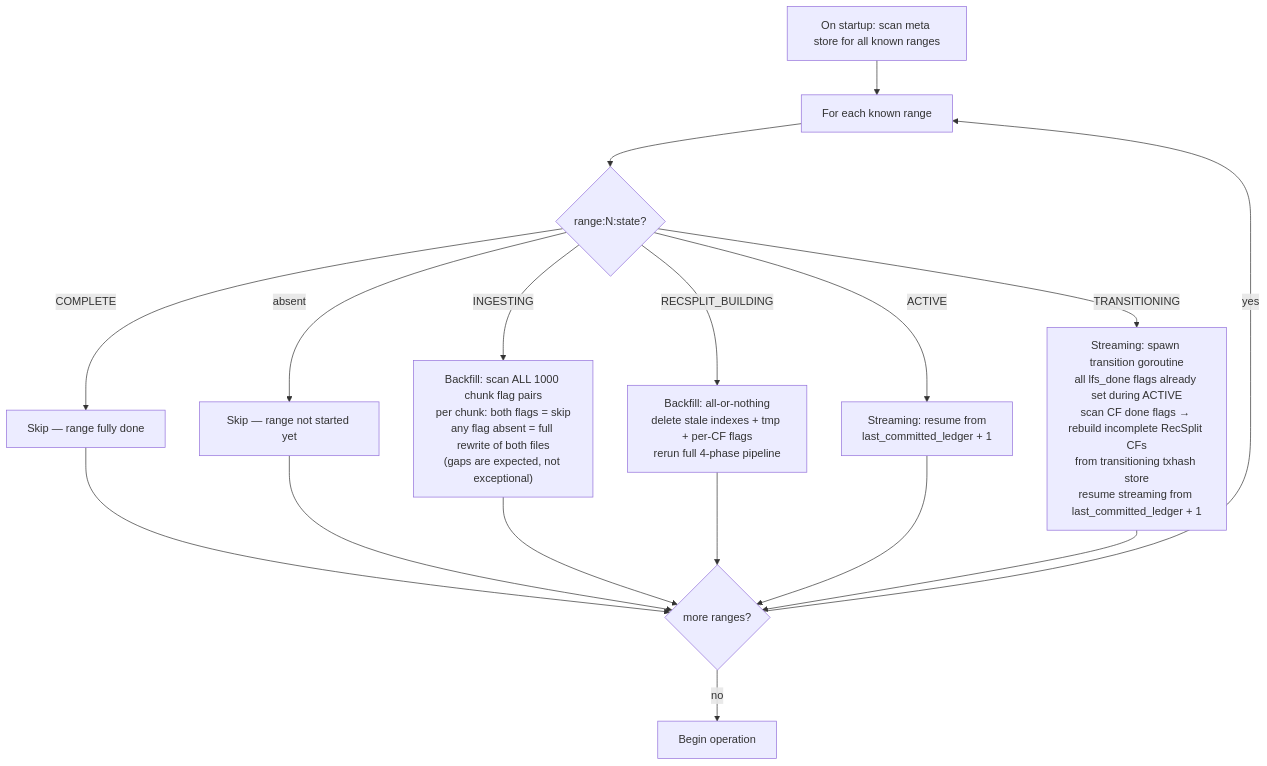
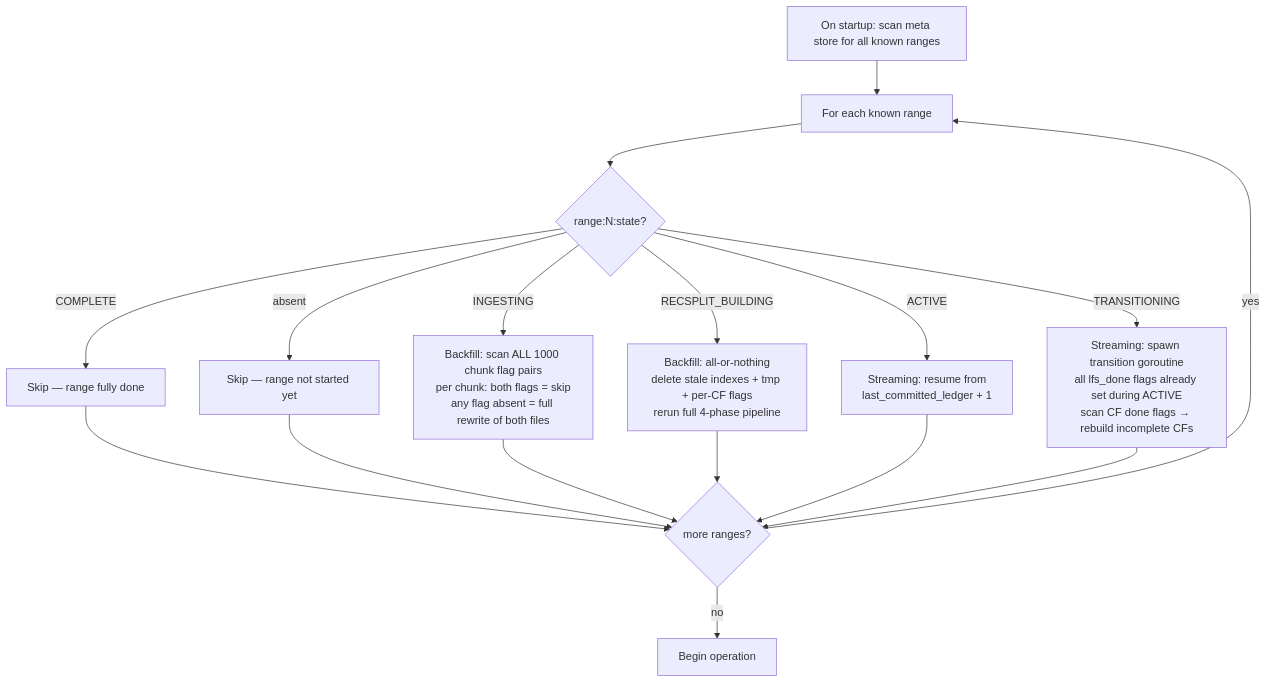
The second of 2 diagrams in full-history/design-docs/07-crash-recovery.md (stellar/stellar-rpc), drawn with Mermaid before and after one commit. The commit also changed other lines of this file and 12 other files, not shown here.

````diff
--- a/full-history/design-docs/07-crash-recovery.md
+++ b/full-history/design-docs/07-crash-recovery.md
@@ -1523,19 +288,19 @@
 ```mermaid
 flowchart TD
     START["On startup: scan meta store for all known ranges"] --> FOREACH["For each known range"]
     FOREACH --> RS{range:N:state?}
     RS -->|COMPLETE| SKIP["Skip — range fully done"]
     RS -->|absent| SKIP2["Skip — range not started yet"]
-    RS -->|INGESTING| BACKFILL_RESUME["Backfill: scan ALL 1000 chunk flag pairs<br/>per chunk: both flags = skip<br/>any flag absent = full rewrite of both files<br/>(gaps are expected, not exceptional)"]
+    RS -->|INGESTING| BACKFILL_RESUME["Backfill: scan ALL 1000 chunk flag pairs<br/>per chunk: both flags = skip<br/>any flag absent = full rewrite of both files"]
     RS -->|RECSPLIT_BUILDING| RECSPLIT_RESUME["Backfill: all-or-nothing<br/>delete stale indexes + tmp + per-CF flags<br/>rerun full 4-phase pipeline"]
     RS -->|ACTIVE| STREAMING_RESUME["Streaming: resume from<br/>last_committed_ledger + 1"]
-    RS -->|TRANSITIONING| TRANS_RESUME["Streaming: spawn transition goroutine<br/>all lfs_done flags already set during ACTIVE<br/>scan CF done flags → rebuild incomplete RecSplit CFs<br/>from transitioning txhash store<br/>resume streaming from last_committed_ledger + 1"]
+    RS -->|TRANSITIONING| TRANS_RESUME["Streaming: spawn transition goroutine<br/>all lfs_done flags already set during ACTIVE<br/>scan CF done flags → rebuild incomplete CFs"]
     SKIP --> NEXT{more ranges?}
     SKIP2 --> NEXT
     BACKFILL_RESUME --> NEXT
     RECSPLIT_RESUME --> NEXT
     STREAMING_RESUME --> NEXT
     TRANS_RESUME --> NEXT
     NEXT -->|yes| FOREACH
     NEXT -->|no| OPERATE["Begin operation"]
 ```
````
